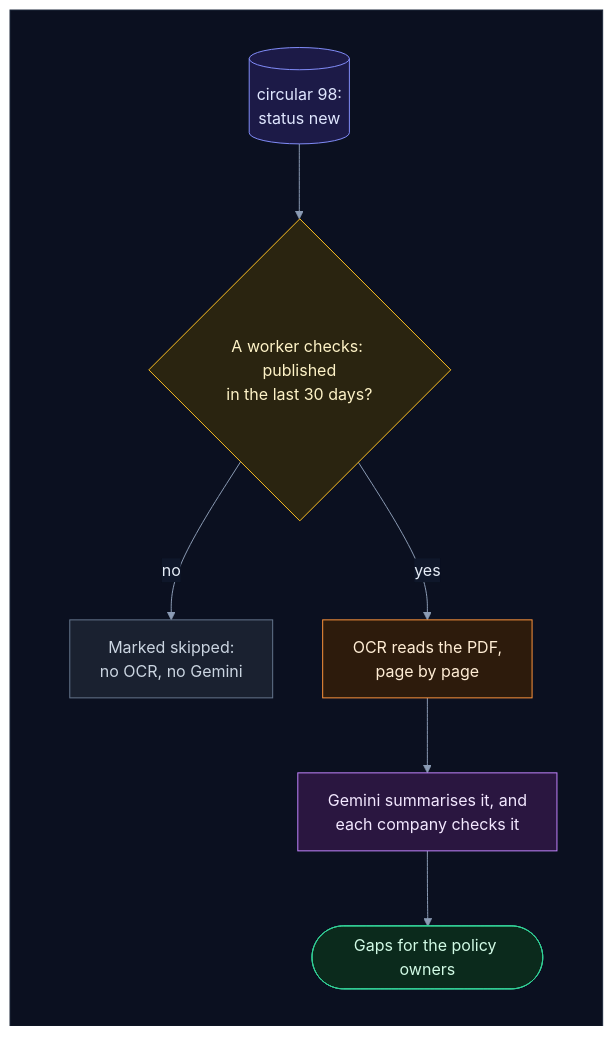
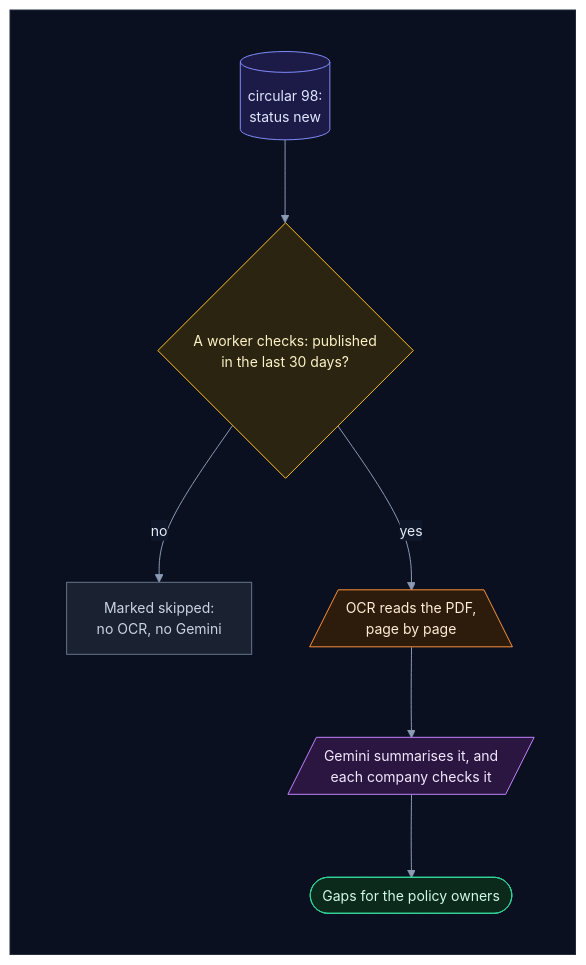
One commit to selvakumarperumal/Regulatory_Circular_Impact_Agent changed diagram 17 of 18 in how_the_watcher_works.md. Above: the diagram before and after it, drawn with Mermaid. The commit also changed other lines of this file and 5 other files, not shown here.

Commit message:
Give the docs' flowcharts a shape per kind of part, more room and slightly smaller text

````diff
--- a/how_the_watcher_works.md
+++ b/how_the_watcher_works.md
@@ -726,29 +726,29 @@
 ```mermaid
-%%{init: {"theme": "base", "flowchart": {"diagramPadding": 0}, "themeVariables": {"darkMode": true, "primaryColor": "#16213a", "primaryTextColor": "#e6edf7", "primaryBorderColor": "#475a7a", "lineColor": "#8b9bb4", "secondaryColor": "#1b2436", "tertiaryColor": "#101a2e", "edgeLabelBackground": "#0f172a", "textColor": "#e2e8f0", "clusterBkg": "#0f1728", "clusterBorder": "#2b3a55", "titleColor": "#c4b5fd", "nodeTextColor": "#e6edf7"}}}%%
+%%{init: {"theme": "base", "flowchart": {"diagramPadding": 0, "nodeSpacing": 58, "rankSpacing": 58, "curve": "basis"}, "themeVariables": {"fontSize": "14px", "darkMode": true, "primaryColor": "#16213a", "primaryTextColor": "#e6edf7", "primaryBorderColor": "#475a7a", "lineColor": "#8b9bb4", "secondaryColor": "#1b2436", "tertiaryColor": "#101a2e", "edgeLabelBackground": "#0f172a", "textColor": "#e2e8f0", "clusterBkg": "#0f1728", "clusterBorder": "#2b3a55", "titleColor": "#c4b5fd", "nodeTextColor": "#e6edf7"}}}%%
 flowchart TD
     subgraph canvas[" "]
         direction TB
         a[("circular 98:<br/>status new")] --> b{"A worker checks: published<br/>in the last 30 days?"}
         b -->|"no"| c["Marked skipped:<br/>no OCR, no Gemini"]
-        b -->|"yes"| d["OCR reads the PDF,<br/>page by page"]
-        d --> e["Gemini summarises it, and<br/>each company checks it"]
+        b -->|"yes"| d[/"OCR reads the PDF,<br/>page by page"\]
+        d --> e[/"Gemini summarises it, and<br/>each company checks it"/]
         e --> f(["Gaps for the policy owners"])
     end
     classDef svc fill:#0e2a2c,stroke:#2dd4bf,color:#ccfbf1
     classDef data fill:#1c1a47,stroke:#818cf8,color:#e0e7ff
     classDef ext fill:#2a1640,stroke:#c084fc,color:#f3e8ff
     classDef gpu fill:#2d1b0c,stroke:#fb923c,color:#ffedd5
     classDef ask fill:#2a2410,stroke:#fbbf24,color:#fef3c7
     classDef ok fill:#0b2a1c,stroke:#34d399,color:#d1fae5
     classDef bad fill:#2e0f17,stroke:#fb7185,color:#ffe4e6
     classDef start fill:#1c2a0e,stroke:#a7ef6f,color:#ecfccb
     classDef muted fill:#1a2130,stroke:#64748b,color:#cbd5e1
     classDef queue fill:#0c2231,stroke:#38bdf8,color:#e0f2fe
     class a data
     class b ask
     class c muted
     class d gpu
     class e ext
     class f ok
     style canvas fill:#0b1020,stroke:#1e293b,color:#0b1020
 ```
````
